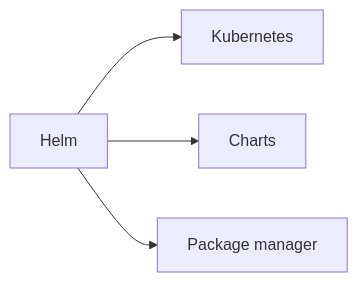
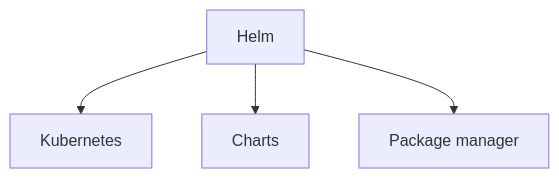
One commit to zyrass/omnydocs changed diagram 14 of 31 in docs/glossaire/cloud-computing.md. Above: the diagram before and after it, drawn with Mermaid. The commit also changed other lines of this file and 1780 other files, not shown here.

````diff
--- a/docs/glossaire/cloud-computing.md
+++ b/docs/glossaire/cloud-computing.md
@@ -285,6 +343,6 @@
-    ```mermaid
-    graph LR
-        A[Helm] --> B[Kubernetes]
-        A --> C[Charts]
-        A --> D[Package manager]
-    ```
+```mermaid
+graph TB
+    A[Helm] --> B[Kubernetes]
+    A --> C[Charts]
+    A --> D[Package manager]
+```
````
